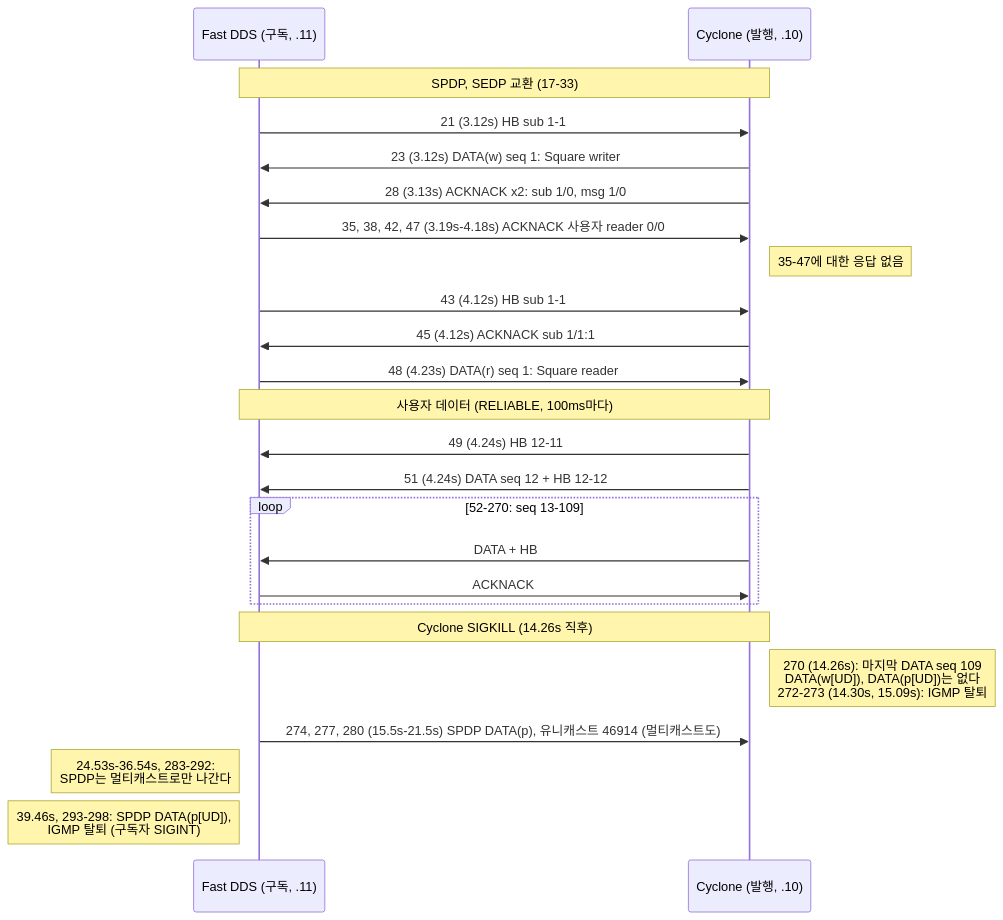
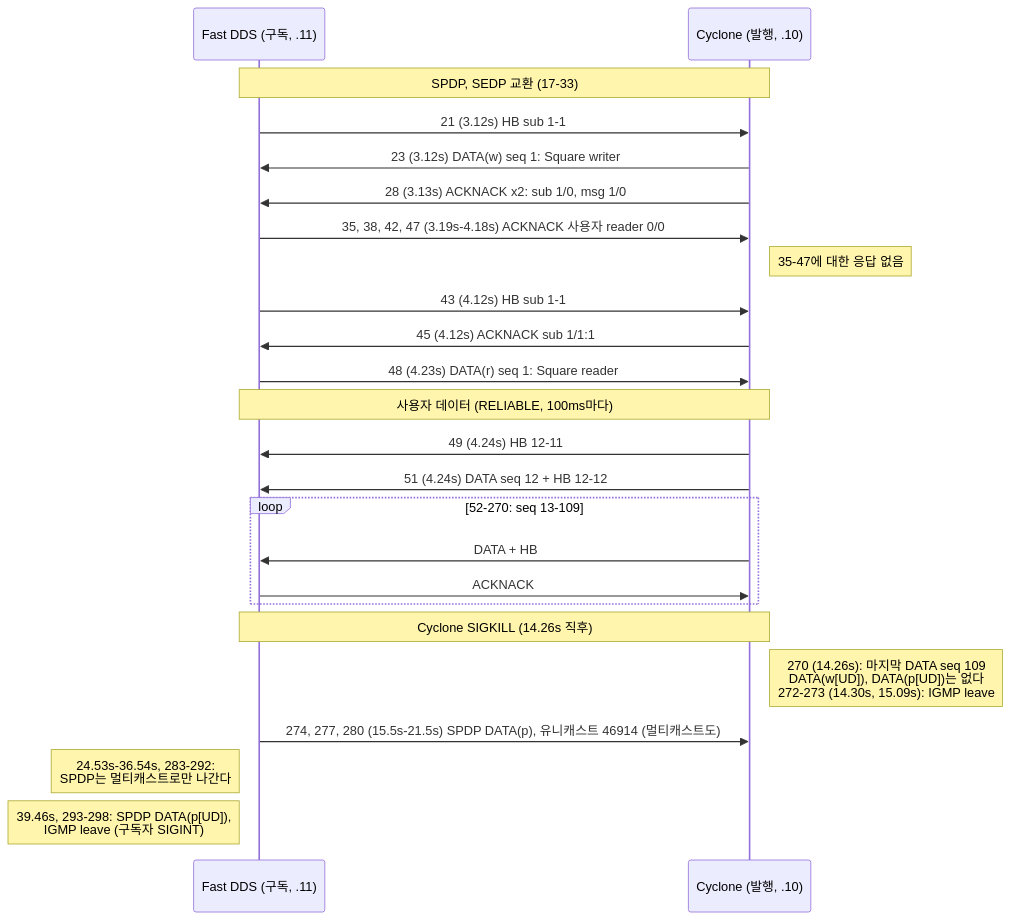
The sixth of 7 diagrams in captures/cyclone-fastdds/README.md (danielhongwoo/mdds), drawn with Mermaid before and after one commit. The commit also changed other lines of this file and 8 other files, not shown here.

````diff
--- a/captures/cyclone-fastdds/README.md
+++ b/captures/cyclone-fastdds/README.md
@@ -333,29 +333,29 @@
 ```mermaid
 sequenceDiagram
     participant F as Fast DDS (구독, .11)
     participant C as Cyclone (발행, .10)
 
     Note over F,C: SPDP, SEDP 교환 (17-33)
     F->>C: 21 (3.12s) HB sub 1-1
     C->>F: 23 (3.12s) DATA(w) seq 1: Square writer
     C->>F: 28 (3.13s) ACKNACK x2: sub 1/0, msg 1/0
     F->>C: 35, 38, 42, 47 (3.19s-4.18s) ACKNACK 사용자 reader 0/0
     Note right of C: 35-47에 대한 응답 없음
     F->>C: 43 (4.12s) HB sub 1-1
     C->>F: 45 (4.12s) ACKNACK sub 1/1:1
     F->>C: 48 (4.23s) DATA(r) seq 1: Square reader
 
     Note over F,C: 사용자 데이터 (RELIABLE, 100ms마다)
     C->>F: 49 (4.24s) HB 12-11
     C->>F: 51 (4.24s) DATA seq 12 + HB 12-12
     loop 52-270: seq 13-109
         C->>F: DATA + HB
         F->>C: ACKNACK
     end
 
     Note over F,C: Cyclone SIGKILL (14.26s 직후)
-    Note right of C: 270 (14.26s): 마지막 DATA seq 109<br/>DATA(w[UD]), DATA(p[UD])는 없다<br/>272-273 (14.30s, 15.09s): IGMP 탈퇴
+    Note right of C: 270 (14.26s): 마지막 DATA seq 109<br/>DATA(w[UD]), DATA(p[UD])는 없다<br/>272-273 (14.30s, 15.09s): IGMP leave
     F->>C: 274, 277, 280 (15.5s-21.5s) SPDP DATA(p), 유니캐스트 46914 (멀티캐스트도)
     Note left of F: 24.53s-36.54s, 283-292:<br/>SPDP는 멀티캐스트로만 나간다
-    Note left of F: 39.46s, 293-298: SPDP DATA(p[UD]),<br/>IGMP 탈퇴 (구독자 SIGINT)
+    Note left of F: 39.46s, 293-298: SPDP DATA(p[UD]),<br/>IGMP leave (구독자 SIGINT)
 ```
````
